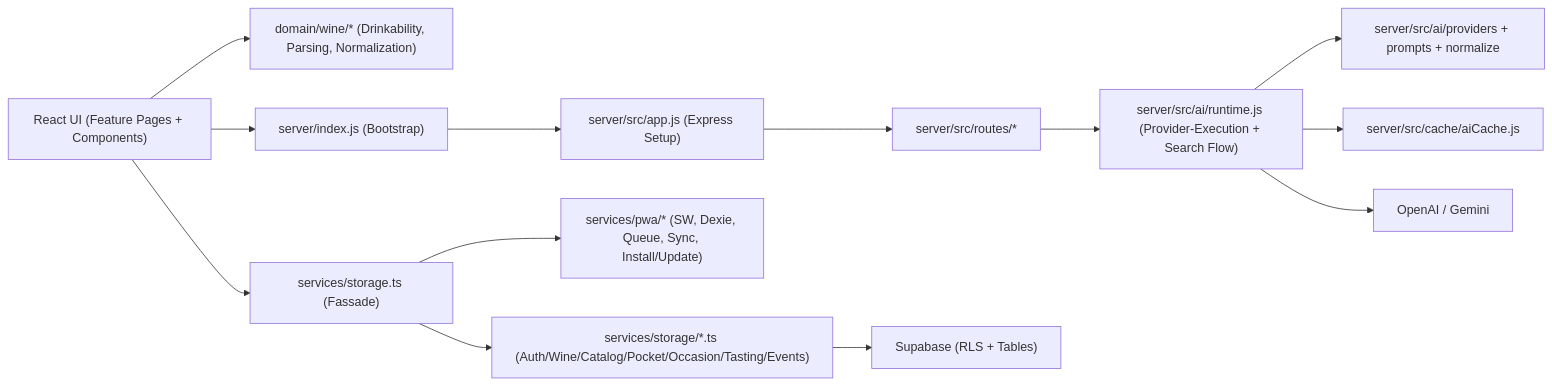
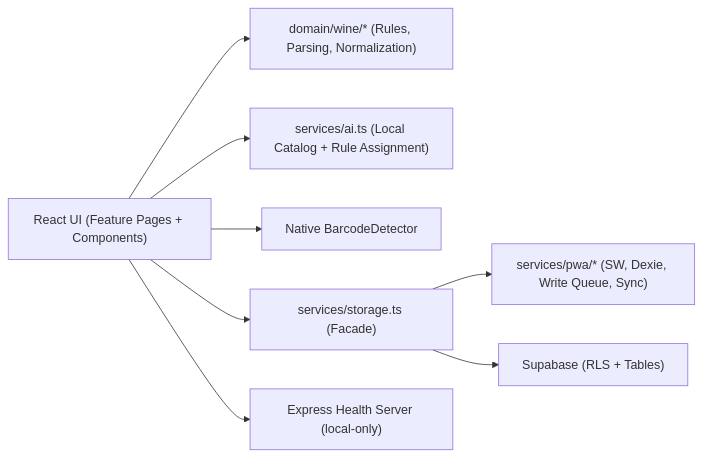
Before and after one commit to alexanderk-2000/Gran-Cru_App: the diagram in docs/ARCHITECTURE_CURRENT.md, drawn with Mermaid. The commit also changed other lines of this file and 40 other files, not shown here.

````diff
--- a/docs/ARCHITECTURE_CURRENT.md
+++ b/docs/ARCHITECTURE_CURRENT.md
@@ -5,30 +5,19 @@
 ```mermaid
 flowchart LR
   UI["React UI (Feature Pages + Components)"]
-  Domain["domain/wine/* (Drinkability, Parsing, Normalization)"]
-  StorageFacade["services/storage.ts (Fassade)"]
-  StorageRepos["services/storage/*.ts (Auth/Wine/Catalog/Pocket/Occasion/Tasting/Events)"]
-  PwaLayer["services/pwa/* (SW, Dexie, Queue, Sync, Install/Update)"]
-  ServerBootstrap["server/index.js (Bootstrap)"]
-  ServerApp["server/src/app.js (Express Setup)"]
-  AiRuntime["server/src/ai/runtime.js (Provider-Execution + Search Flow)"]
-  AiModules["server/src/ai/providers + prompts + normalize"]
-  ApiRoutes["server/src/routes/*"]
-  Cache["server/src/cache/aiCache.js"]
+  Domain["domain/wine/* (Rules, Parsing, Normalization)"]
+  LocalResearch["services/ai.ts (Local Catalog + Rule Assignment)"]
+  Barcode["Native BarcodeDetector"]
+  StorageFacade["services/storage.ts (Facade)"]
+  PwaLayer["services/pwa/* (SW, Dexie, Write Queue, Sync)"]
+  Server["Express Health Server (local-only)"]
   DB["Supabase (RLS + Tables)"]
-  Providers["OpenAI / Gemini"]
 
   UI --> Domain
+  UI --> LocalResearch
+  UI --> Barcode
   UI --> StorageFacade
-  StorageFacade --> StorageRepos
   StorageFacade --> PwaLayer
-  StorageRepos --> DB
-
-  UI --> ServerBootstrap
-  ServerBootstrap --> ServerApp
-  ServerApp --> ApiRoutes
-  ApiRoutes --> AiRuntime
-  AiRuntime --> AiModules
-  AiRuntime --> Cache
-  AiRuntime --> Providers
+  StorageFacade --> DB
+  UI --> Server
 ```
````
